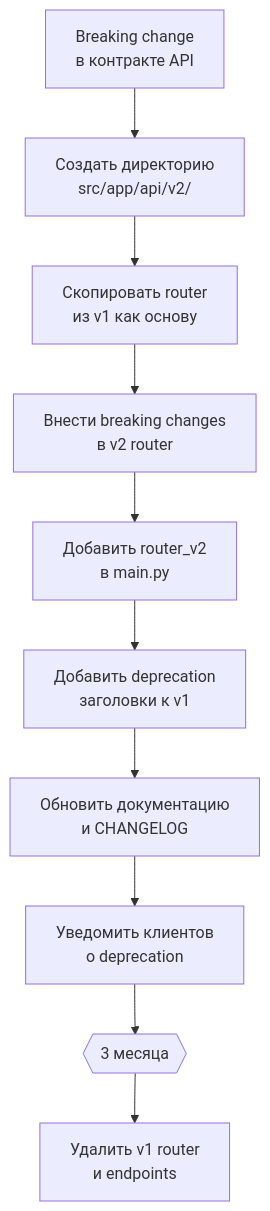
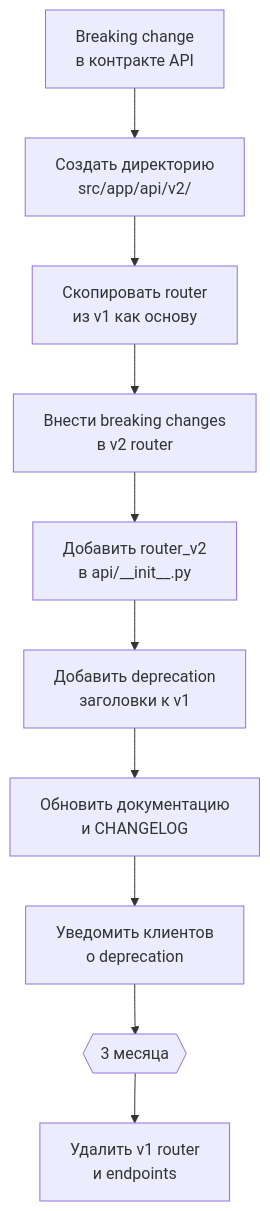
One commit to RomiconEZ/Multi-Agent-Interview-Coach changed the diagram in docs/specs/api-versioning.md. Above: the diagram before and after it, drawn with Mermaid. The commit also changed other lines of this file and 5 other files, not shown here.

Commit message:
Refactor API versioning: consolidate routers in api/__init__.py, update health check endpoints, and clarify middleware integration

````diff
--- a/docs/specs/api-versioning.md
+++ b/docs/specs/api-versioning.md
@@ -228,12 +218,12 @@
 ```mermaid
 flowchart TD
     A["Breaking change<br/>в контракте API"] --> B["Создать директорию<br/>src/app/api/v2/"]
     B --> C["Скопировать router<br/>из v1 как основу"]
     C --> D["Внести breaking changes<br/>в v2 router"]
-    D --> E["Добавить router_v2<br/>в main.py"]
+    D --> E["Добавить router_v2<br/>в api/__init__.py"]
     E --> F["Добавить deprecation<br/>заголовки к v1"]
     F --> G["Обновить документацию<br/>и CHANGELOG"]
     G --> H["Уведомить клиентов<br/>о deprecation"]
     H --> I{{"3 месяца"}}
     I --> J["Удалить v1 router<br/>и endpoints"]
 ```
````
